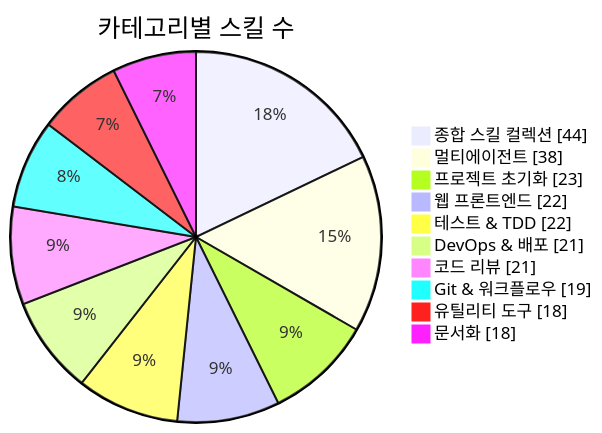
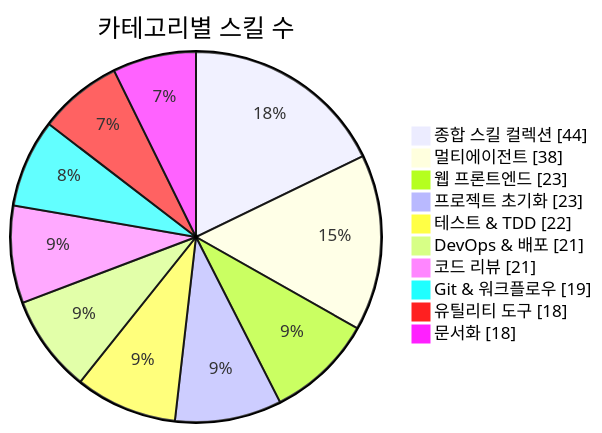
One commit to J-nowcow/awesome-korean-agent-skills changed the first of 3 diagrams in README.md. Above: the diagram before and after it, drawn with Mermaid. The commit also changed other lines of this file and 28 other files, not shown here.

````diff
--- a/README.md
+++ b/README.md
@@ -176,14 +176,14 @@
 ```mermaid
 pie showData
     title 카테고리별 스킬 수
     "종합 스킬 컬렉션" : 44
     "멀티에이전트" : 38
+    "웹 프론트엔드" : 23
     "프로젝트 초기화" : 23
-    "웹 프론트엔드" : 22
     "테스트 & TDD" : 22
     "DevOps & 배포" : 21
     "코드 리뷰" : 21
     "Git & 워크플로우" : 19
     "유틸리티 도구" : 18
     "문서화" : 18
 ```
````
